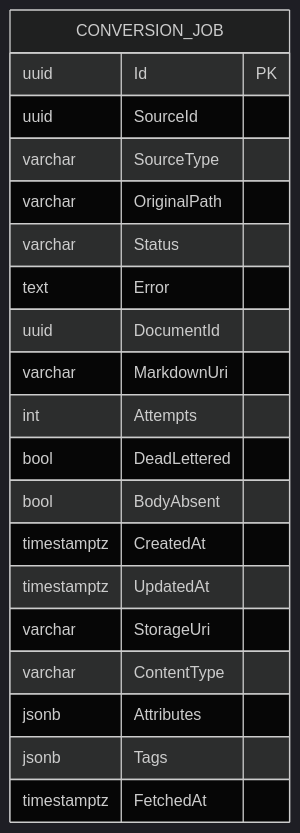
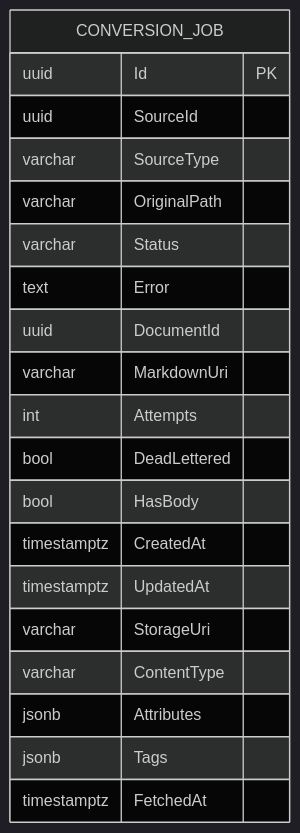
Before and after one commit to endazon/microservices-platform: the diagram in docs/data/conversion-job.md, drawn with Mermaid (dark theme). The commit also changed other lines of this file and 74 other files, not shown here.

First line of the commit message:
fix(FR-02,FR-03,FR-12,UC-04,UC-06,SC-02,SC-03,SC-07,ADR-0070): 本文の有無の語彙を肯定形 hasBody へ一本化し、読み手を作り、本文なしの索引テキストへ所在とデータソース名を載せる

````diff
--- a/docs/data/conversion-job.md
+++ b/docs/data/conversion-job.md
@@ -76,23 +76,23 @@
 ```mermaid
 erDiagram
     CONVERSION_JOB {
         uuid Id PK
         uuid SourceId
         varchar SourceType
         varchar OriginalPath
         varchar Status
         text Error
         uuid DocumentId
         varchar MarkdownUri
         int Attempts
         bool DeadLettered
-        bool BodyAbsent
+        bool HasBody
         timestamptz CreatedAt
         timestamptz UpdatedAt
         varchar StorageUri
         varchar ContentType
         jsonb Attributes
         jsonb Tags
         timestamptz FetchedAt
     }
 ```
````
